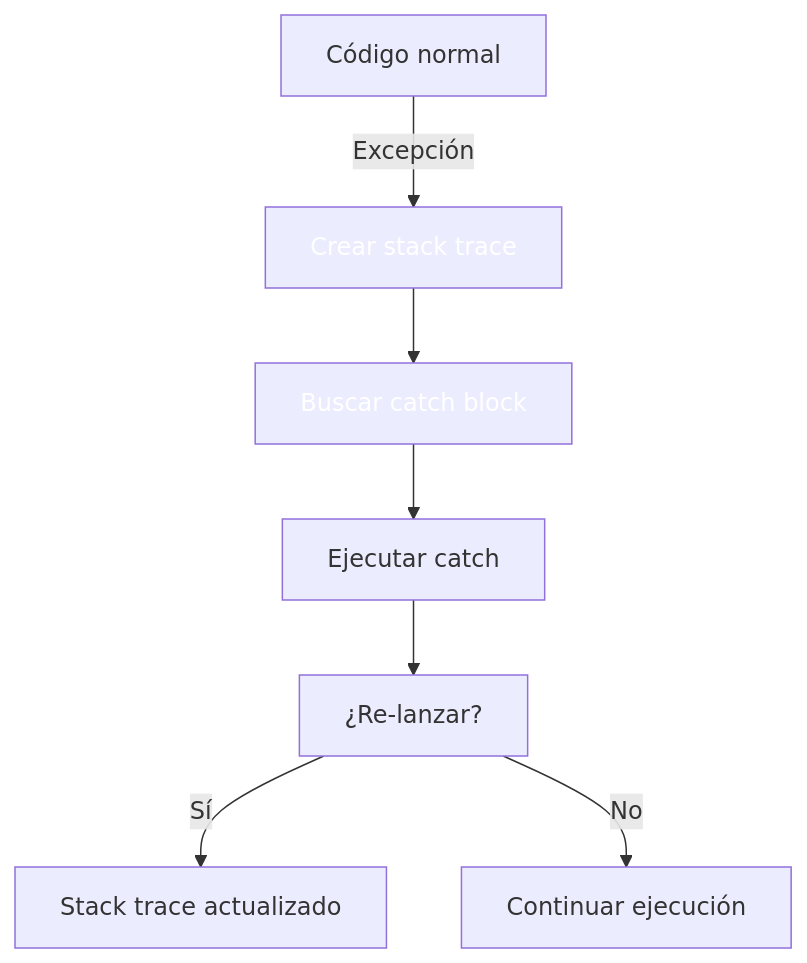
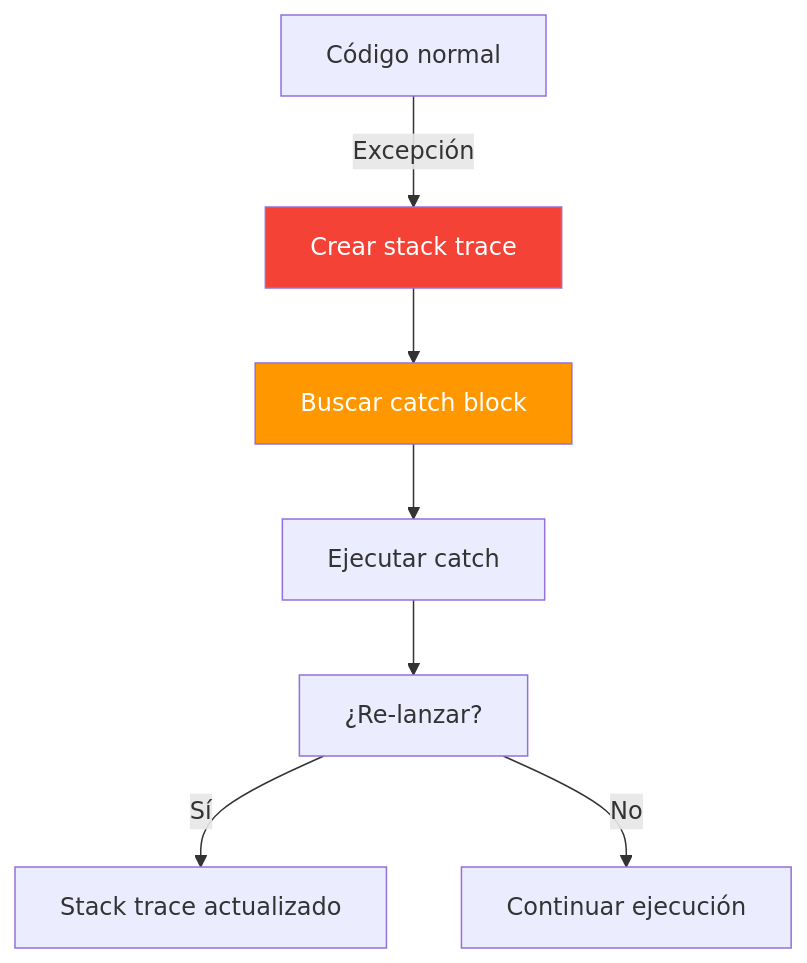
One commit to joseluisgs/DesarrolloWebEntornosServidor-02-2026-2027 changed the second of 4 diagrams in 07-excepciones-patron-result.md. Above: the diagram before and after it, drawn with Mermaid. The commit also changed other lines of this file and 29 other files, not shown here.

Commit message:
docs: corregir estilos Mermaid y estilo, quitar referencias a la Tienda y reestructurar los retos 13 y 15

````diff
--- a/07-excepciones-patron-result.md
+++ b/07-excepciones-patron-result.md
@@ -167,12 +167,12 @@
 ```mermaid
 flowchart TD
     A["Código normal"] -->|Excepción| B["Crear stack trace"]
     B --> C["Buscar catch block"]
     C --> D["Ejecutar catch"]
     D --> E["¿Re-lanzar?"]
     E -->|Sí| F["Stack trace actualizado"]
     E -->|No| G["Continuar ejecución"]
 
-    style B fill:#f4433,color:#fff6,color:#fff
-    style C fill:#FF980,color:#fff0,color:#fff
+    style B fill:#f44336,color:#fff
+    style C fill:#FF9800,color:#fff
 ```
````
